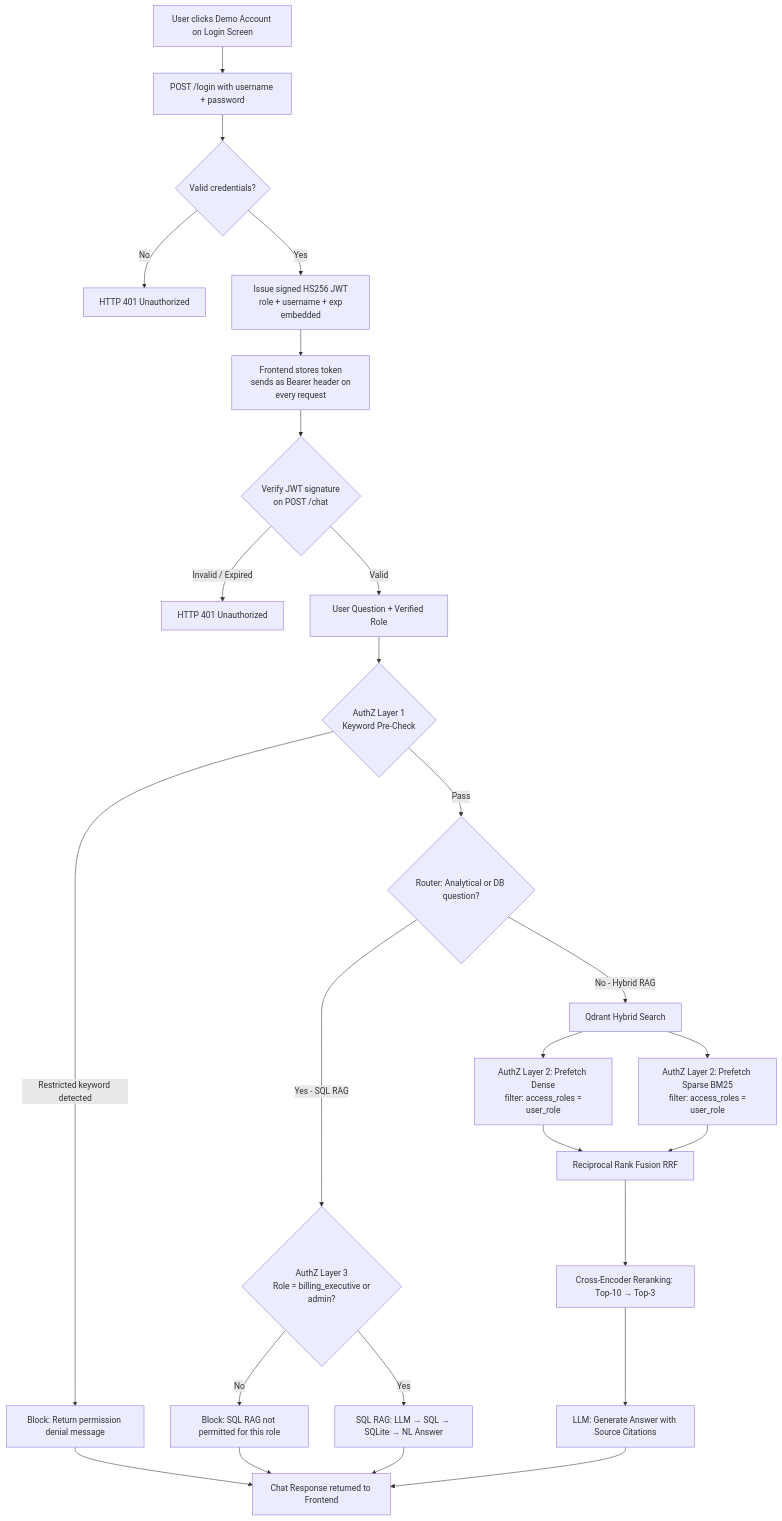
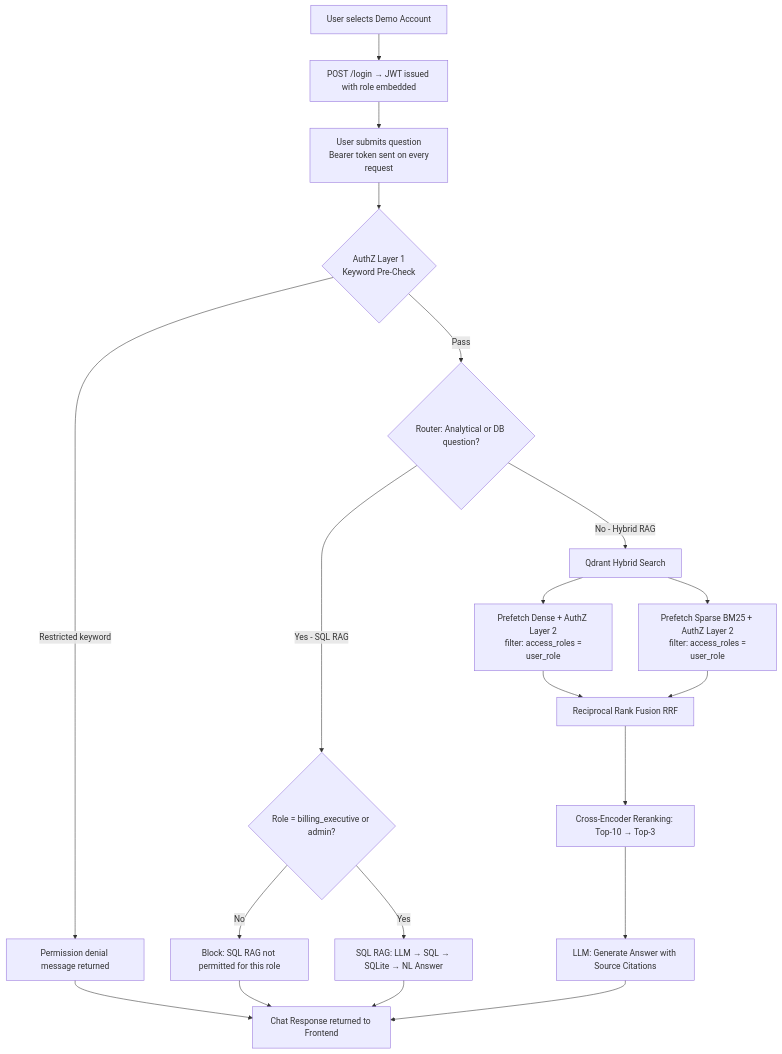
Before and after one commit to sunnydubey1111/medibot: the diagram in README.md, drawn with Mermaid.

Commit message:
docs: simplify architecture diagram login and JWT flow

````diff
--- a/README.md
+++ b/README.md
@@ -34,32 +34,23 @@
 ```mermaid
 graph TD
-    A[User clicks Demo Account on Login Screen] --> B[POST /login with username + password]
-    B --> C{Valid credentials?}
-    C -- "No" --> D[HTTP 401 Unauthorized]
-    C -- "Yes" --> E[Issue signed HS256 JWT\n role + username + exp embedded]
+    A[User selects Demo Account] --> B[POST /login → JWT issued with role embedded]
+    B --> C[User submits question\n Bearer token sent on every request]
 
-    E --> F[Frontend stores token\n sends as Bearer header on every request]
-    F --> G{Verify JWT signature\n on POST /chat}
-    G -- "Invalid / Expired" --> H[HTTP 401 Unauthorized]
-    G -- "Valid" --> I
+    C --> D{AuthZ Layer 1\n Keyword Pre-Check}
+    D -- "Restricted keyword" --> E[Permission denial message returned]
+    D -- "Pass" --> F
 
-    I[User Question + Verified Role] --> J
+    F{Router: Analytical or DB question?}
+    F -- "Yes - SQL RAG" --> G{Role = billing_executive or admin?}
+    G -- "No" --> H[Block: SQL RAG not permitted for this role]
+    G -- "Yes" --> I[SQL RAG: LLM → SQL → SQLite → NL Answer]
 
-    J{AuthZ Layer 1\n Keyword Pre-Check}
-    J -- "Restricted keyword detected" --> K[Block: Return permission denial message]
-    J -- "Pass" --> L
+    F -- "No - Hybrid RAG" --> J[Qdrant Hybrid Search]
+    J --> K[Prefetch Dense + AuthZ Layer 2\n filter: access_roles = user_role]
+    J --> L[Prefetch Sparse BM25 + AuthZ Layer 2\n filter: access_roles = user_role]
+    K & L --> M[Reciprocal Rank Fusion RRF]
+    M --> N[Cross-Encoder Reranking: Top-10 → Top-3]
+    N --> O[LLM: Generate Answer with Source Citations]
 
-    L{Router: Analytical or DB question?}
-    L -- "Yes - SQL RAG" --> M{AuthZ Layer 3\n Role = billing_executive or admin?}
-    M -- "No" --> N[Block: SQL RAG not permitted for this role]
-    M -- "Yes" --> O[SQL RAG: LLM → SQL → SQLite → NL Answer]
-
-    L -- "No - Hybrid RAG" --> P[Qdrant Hybrid Search]
-    P --> Q[AuthZ Layer 2: Prefetch Dense\n filter: access_roles = user_role]
-    P --> R[AuthZ Layer 2: Prefetch Sparse BM25\n filter: access_roles = user_role]
-    Q & R --> S[Reciprocal Rank Fusion RRF]
-    S --> T[Cross-Encoder Reranking: Top-10 → Top-3]
-    T --> U[LLM: Generate Answer with Source Citations]
-
-    O & U & K & N --> V[Chat Response returned to Frontend]
+    I & O & E & H --> P[Chat Response returned to Frontend]
 ```
````
